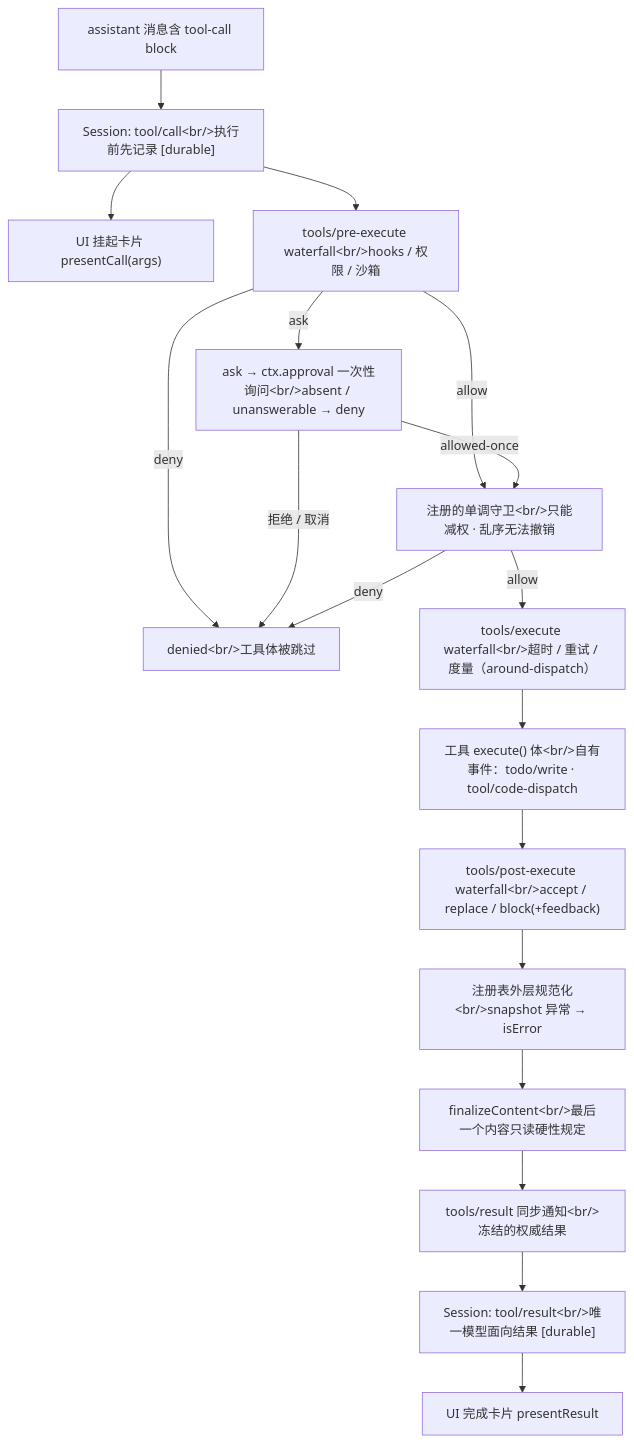
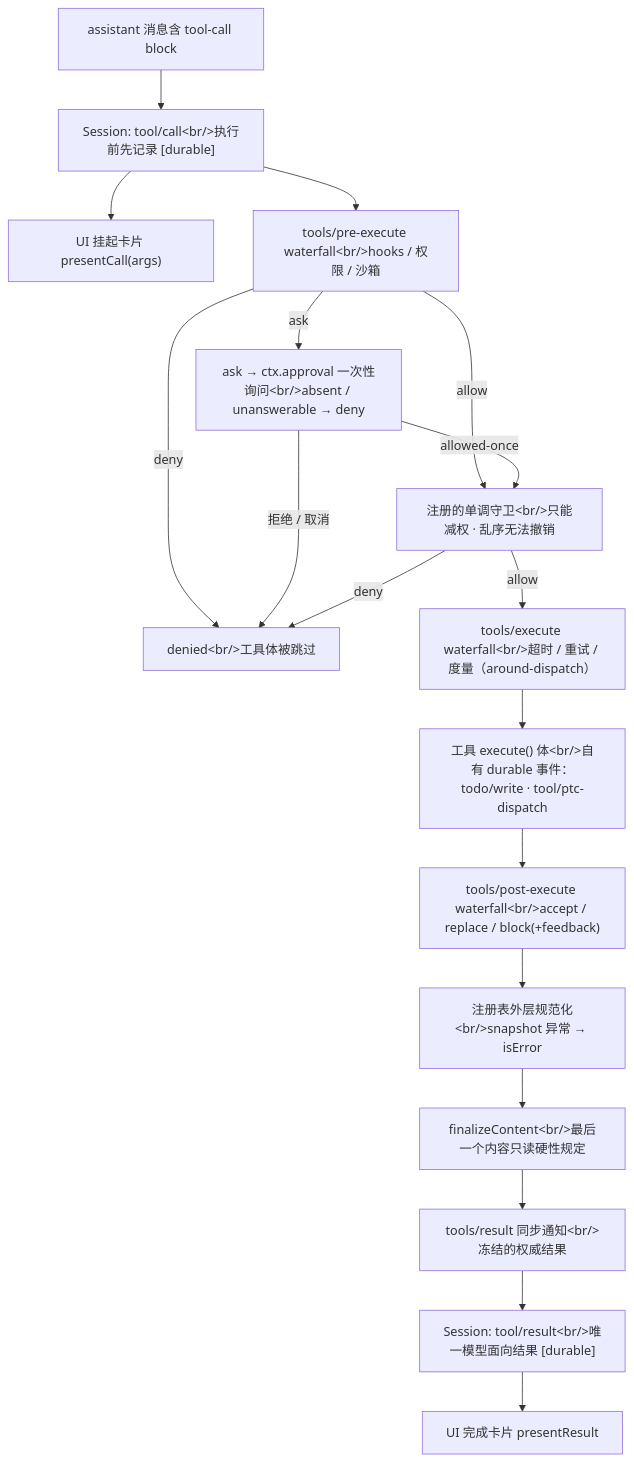
Before and after one commit to ZZKeepCurious/mini-deepseek-harness-python: the second of 5 diagrams in docs/report/03-flows.md, drawn with Mermaid. The commit also changed other lines of this file and 27 other files, not shown here.

````diff
--- a/docs/report/03-flows.md
+++ b/docs/report/03-flows.md
@@ -83,35 +68,35 @@
 ```mermaid
 flowchart TD
   M["assistant 消息含 tool-call block"]
   TC["Session: tool/call&lt;br/&gt;执行前先记录 [durable]"]
   PC["UI 挂起卡片 presentCall(args)"]
   PRE["tools/pre-execute waterfall&lt;br/&gt;hooks / 权限 / 沙箱"]
   ASK["ask → ctx.approval 一次性询问&lt;br/&gt;absent / unanswerable → deny"]
   DEN["denied&lt;br/&gt;工具体被跳过"]
   G["注册的单调守卫&lt;br/&gt;只能减权 · 乱序无法撤销"]
   EX["tools/execute waterfall&lt;br/&gt;超时 / 重试 / 度量（around-dispatch）"]
-  BODY["工具 execute() 体&lt;br/&gt;自有事件：todo/write · tool/code-dispatch"]
+  BODY["工具 execute() 体&lt;br/&gt;自有 durable 事件：todo/write · tool/ptc-dispatch"]
   POST["tools/post-execute waterfall&lt;br/&gt;accept / replace / block(+feedback)"]
   NORM["注册表外层规范化&lt;br/&gt;snapshot 异常 → isError"]
   FIN["finalizeContent&lt;br/&gt;最后一个内容只读硬性规定"]
   RES["tools/result 同步通知&lt;br/&gt;冻结的权威结果"]
   TR["Session: tool/result&lt;br/&gt;唯一模型面向结果 [durable]"]
   PR["UI 完成卡片 presentResult"]
   M --> TC
   TC --> PC
   TC --> PRE
   PRE -->|allow| G
   PRE -->|deny| DEN
   PRE -->|ask| ASK
   ASK -->|allowed-once| G
   ASK -->|拒绝 / 取消| DEN
   G -->|allow| EX
   G -->|deny| DEN
   EX --> BODY
   BODY --> POST
   POST --> NORM
   NORM --> FIN
   FIN --> RES
   RES --> TR
   TR --> PR
 ```
````
